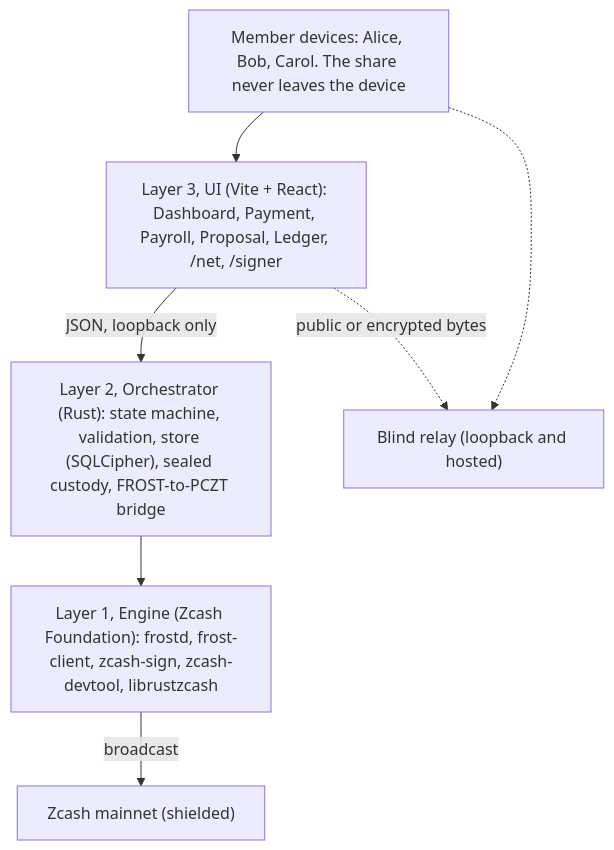
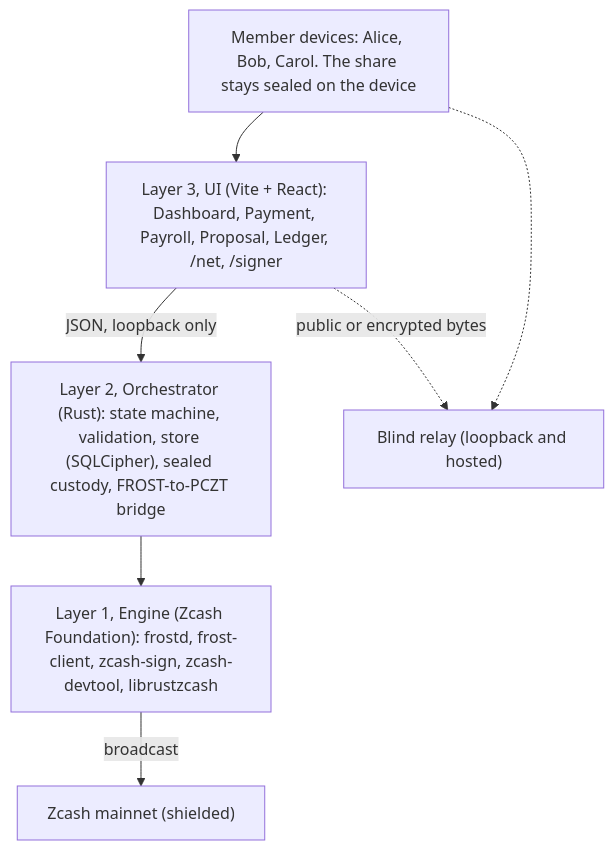
Before and after one commit to deegalabs/konclave: the first of 10 diagrams in docs/DIAGRAMS.md, drawn with Mermaid. The commit also changed other lines of this file and 18 other files, not shown here.

````diff
--- a/docs/DIAGRAMS.md
+++ b/docs/DIAGRAMS.md
@@ -10,16 +11,16 @@
 ```mermaid
 flowchart TB
-  A["Member devices: Alice, Bob, Carol. The share never leaves the device"]
+  A["Member devices: Alice, Bob, Carol. The share stays sealed on the device"]
   UI["Layer 3, UI (Vite + React): Dashboard, Payment, Payroll, Proposal, Ledger, /net, /signer"]
   Orch["Layer 2, Orchestrator (Rust): state machine, validation, store (SQLCipher), sealed custody, FROST-to-PCZT bridge"]
   Eng["Layer 1, Engine (Zcash Foundation): frostd, frost-client, zcash-sign, zcash-devtool, librustzcash"]
   Relay["Blind relay (loopback and hosted)"]
   Chain["Zcash mainnet (shielded)"]
 
   A --> UI
   UI -->|"JSON, loopback only"| Orch
   Orch --> Eng
   Eng -->|"broadcast"| Chain
   UI -.->|"public or encrypted bytes"| Relay
   A -.-> Relay
 ```
````
